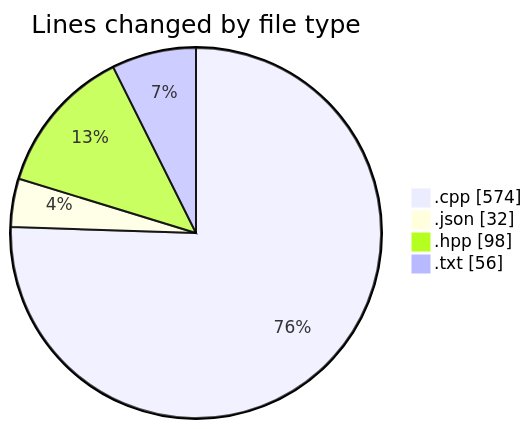
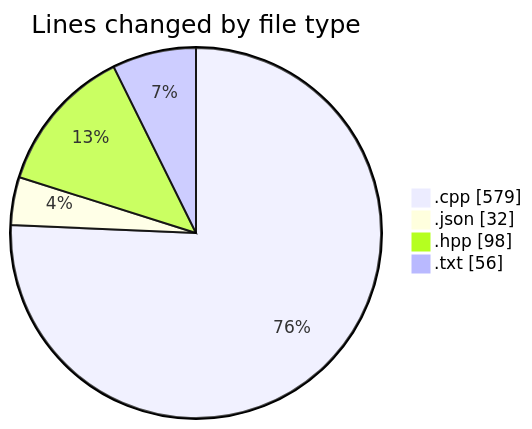
The first of 2 diagrams in 2025-04-21/echo/README.md (Netris89/code-tracking), drawn with Mermaid before and after one commit. The commit also changed other lines of this file and 1 other file, not shown here.

````diff
--- a/2025-04-21/echo/README.md
+++ b/2025-04-21/echo/README.md
@@ -25,8 +25,8 @@
 ```mermaid
 pie showData
 title Lines changed by file type
-".cpp" : 574
+".cpp" : 579
 ".json" : 32
 ".hpp" : 98
 ".txt" : 56
 ```
````
